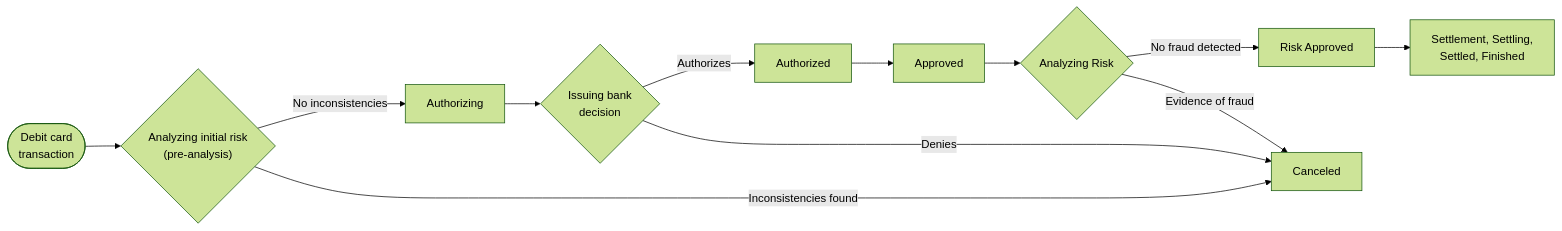
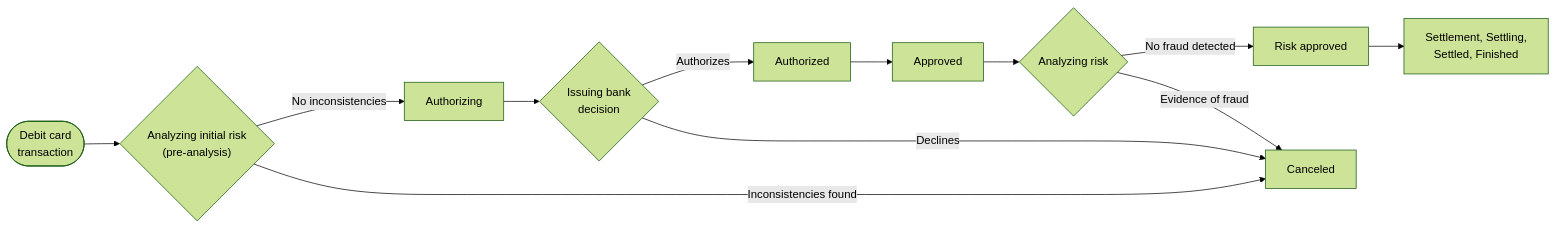
Before and after one commit to vtexdocs/dev-portal-content: the diagram in docs/guides/Payments/payments-configuration-guides/implementing-a-pre-analysis-antifraud-flow-for-debit-card-transactions.md, drawn with Mermaid (forest theme). The commit also changed other lines of this file, not shown here.

````diff
--- a/docs/guides/Payments/payments-configuration-guides/implementing-a-pre-analysis-antifraud-flow-for-debit-card-transactions.md
+++ b/docs/guides/Payments/payments-configuration-guides/implementing-a-pre-analysis-antifraud-flow-for-debit-card-transactions.md
@@ -16,15 +16,15 @@
 ```mermaid
 flowchart LR
     START(["Debit card<br/>transaction"]) --> PRE{"Analyzing initial risk<br/>(pre-analysis)"}
     PRE -->|"No inconsistencies"| AUTHORIZING["Authorizing"]
     AUTHORIZING --> BANK{"Issuing bank<br/>decision"}
     BANK -->|"Authorizes"| AUTHORIZED["Authorized"]
     AUTHORIZED --> APPROVED["Approved"]
-    APPROVED --> RISK{"Analyzing Risk"}
-    RISK -->|"No fraud detected"| RISKAPPROVED["Risk Approved"]
+    APPROVED --> RISK{"Analyzing risk"}
+    RISK -->|"No fraud detected"| RISKAPPROVED["Risk approved"]
     RISKAPPROVED --> SETTLE["Settlement, Settling,<br/>Settled, Finished"]
 
     PRE -->|"Inconsistencies found"| CANCELED["Canceled"]
-    BANK -->|"Denies"| CANCELED
+    BANK -->|"Declines"| CANCELED
     RISK -->|"Evidence of fraud"| CANCELED
 ```
````
